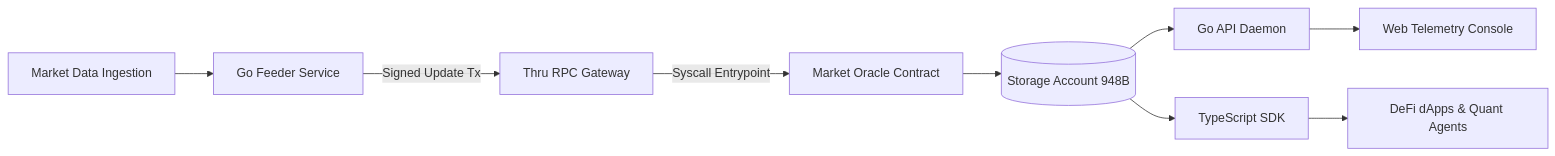
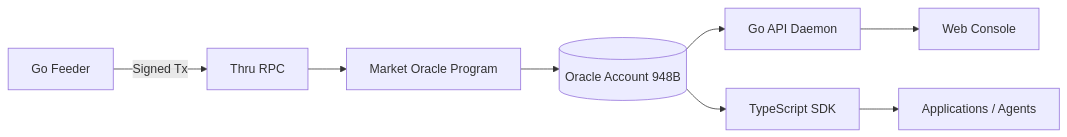
One commit to Assassinprotocol/Thru-quant-core changed the first of 2 diagrams in README.md. Above: the diagram before and after it, drawn with Mermaid. The commit also changed other lines of this file and 40 other files, not shown here.

First line of the commit message:
feat(core,feeder,sdk): harden oracle contract, rebase protocol, and precision math

````diff
--- a/README.md
+++ b/README.md
@@ -120,11 +120,10 @@
 ```mermaid
 flowchart LR
-    Source[Market Data Ingestion] --> Feeder[Go Feeder Service]
-    Feeder -->|Signed Update Tx| RPC[Thru RPC Gateway]
-    RPC -->|Syscall Entrypoint| Oracle[Market Oracle Contract]
-    Oracle --> Storage[(Storage Account 948B)]
+    Feeder[Go Feeder] -->|Signed Tx| RPC[Thru RPC]
+    RPC --> Oracle[Market Oracle Program]
+    Oracle --> Storage[(Oracle Account 948B)]
     Storage --> Daemon[Go API Daemon]
     Storage --> SDK[TypeScript SDK]
-    Daemon --> Console[Web Telemetry Console]
-    SDK --> Consumers[DeFi dApps & Quant Agents]
+    Daemon --> Console[Web Console]
+    SDK --> Client[Applications / Agents]
 ```
````
